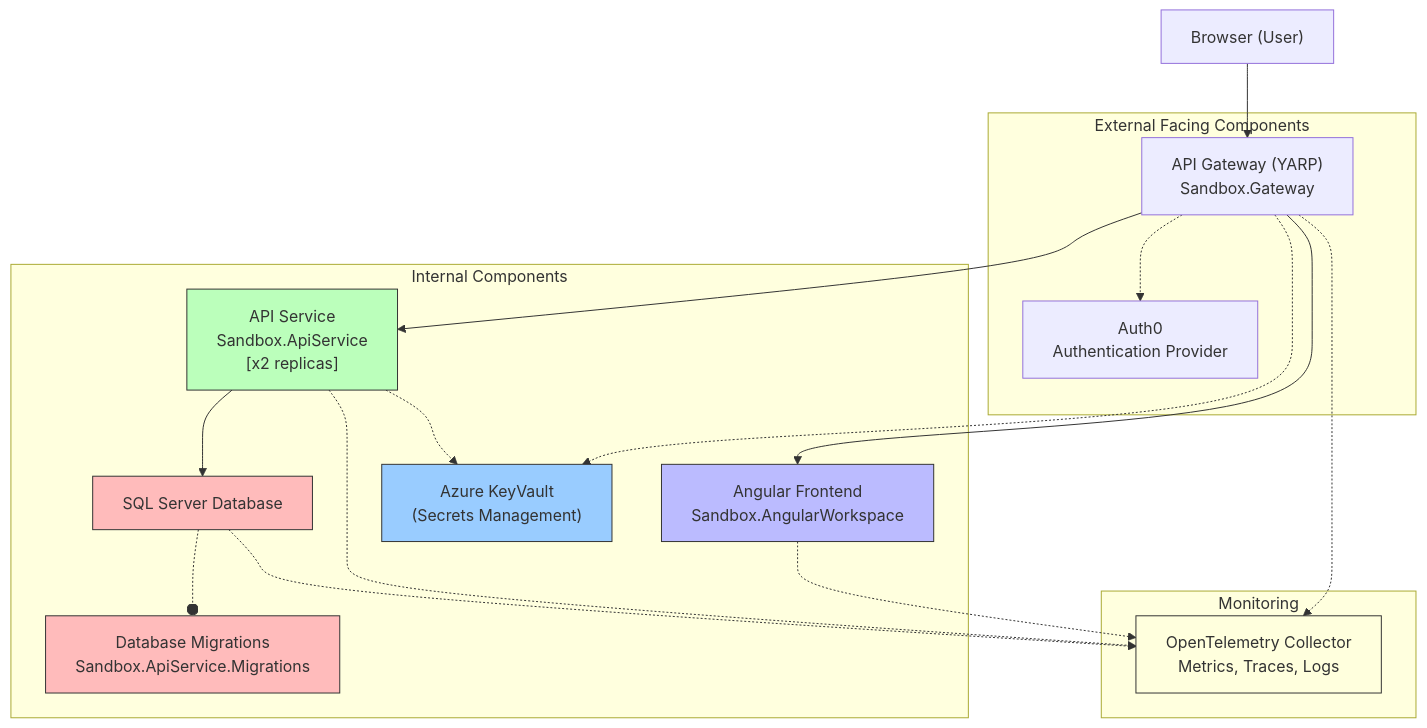
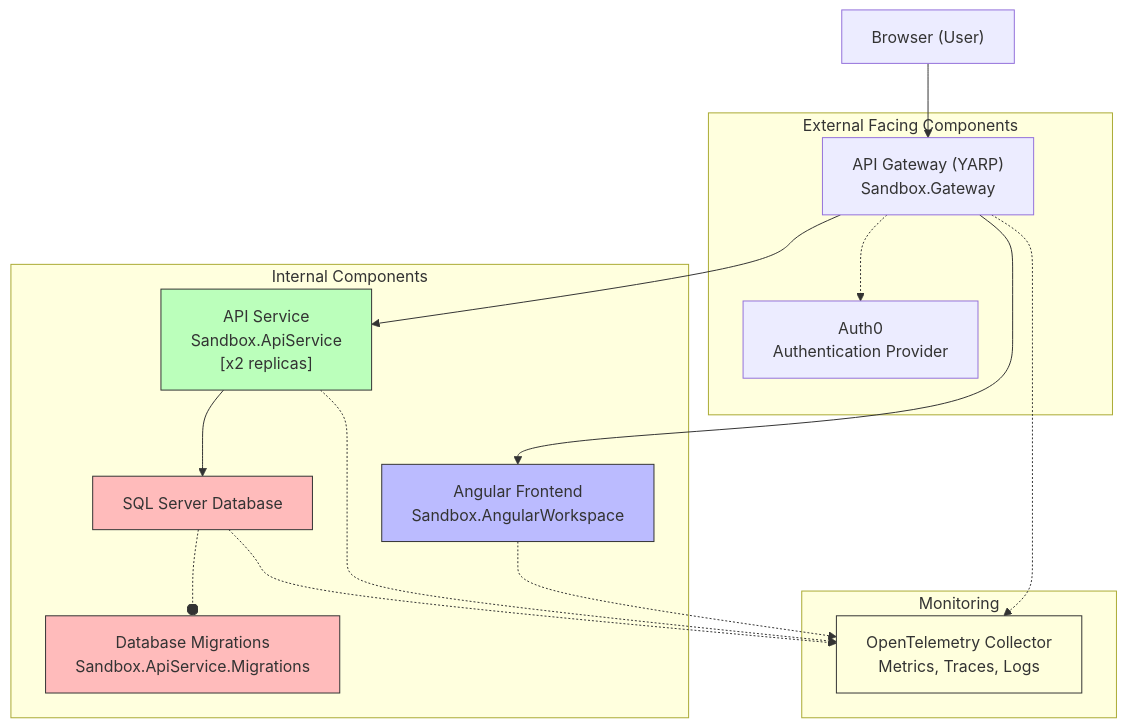
One commit to timdeschryver/Sandbox changed the diagram in README.md. Above: the diagram before and after it, drawn with Mermaid. The commit also changed other lines of this file and 13 other files, not shown here.

Commit message:
chore: update configuration for SOPS and remove Azure Key Vault references 🔑

````diff
--- a/README.md
+++ b/README.md
@@ -15,50 +15,46 @@
 ```mermaid
 graph TD
     User["Browser (User)"] --> Gateway
 
     subgraph "External Facing Components"
         Gateway["API Gateway (YARP)<br>Sandbox.Gateway"]
         Auth0["Auth0<br>Authentication Provider"]
     end
 
     subgraph "Internal Components"
         AngularApp["Angular Frontend<br>Sandbox.AngularWorkspace"]
         ApiService["API Service<br>Sandbox.ApiService<br>[x2 replicas]"]
         SqlDatabase["SQL Server Database"]
         DbMigrations["Database Migrations<br>Sandbox.ApiService.Migrations"]
-        KeyVault["Azure KeyVault<br>(Secrets Management)"]
 
         Gateway --> AngularApp
         Gateway --> ApiService
         ApiService --> SqlDatabase
         SqlDatabase -.-o DbMigrations
-        Gateway -.-> KeyVault
-        ApiService -.-> KeyVault
         Gateway -.-> Auth0
     end
 
     subgraph "Monitoring"
         OpenTelemetry["OpenTelemetry Collector<br>Metrics, Traces, Logs"]
         Gateway -.-> OpenTelemetry
         AngularApp -.-> OpenTelemetry
         ApiService -.-> OpenTelemetry
         SqlDatabase -.-> OpenTelemetry
     end
 
     classDef externalFacing fill:#f96,stroke:#333,stroke-width:3px,stroke-dasharray: 5 5;
     classDef gateway fill:#f9f,stroke:#333,stroke-width:2px;
     classDef frontend fill:#bbf,stroke:#333,stroke-width:1px;
     classDef backend fill:#bfb,stroke:#333,stroke-width:1px;
     classDef database fill:#fbb,stroke:#333,stroke-width:1px;
     classDef secrets fill:#9cf,stroke:#333,stroke-width:1px;
     classDef auth fill:#f99,stroke:#333,stroke-width:1px;
     classDef monitoring fill:#ffd,stroke:#333,stroke-width:1px;
 
     class Gateway gateway,externalFacing;
     class Auth0 auth,externalFacing;
     class AngularApp frontend;
     class ApiService backend;
     class SqlDatabase,DbMigrations database;
-    class KeyVault secrets;
     class OpenTelemetry monitoring;
 ```
````
